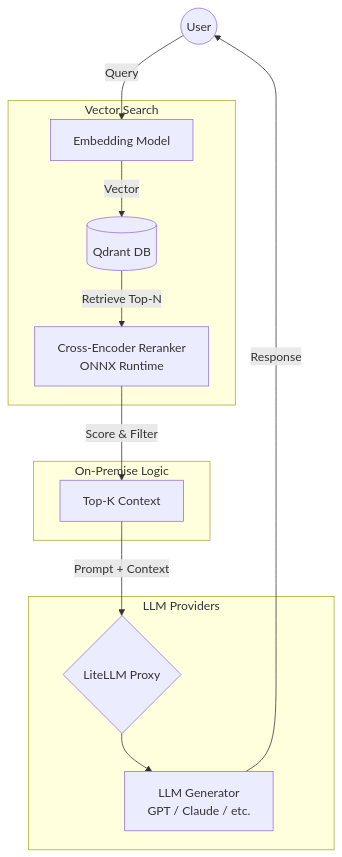
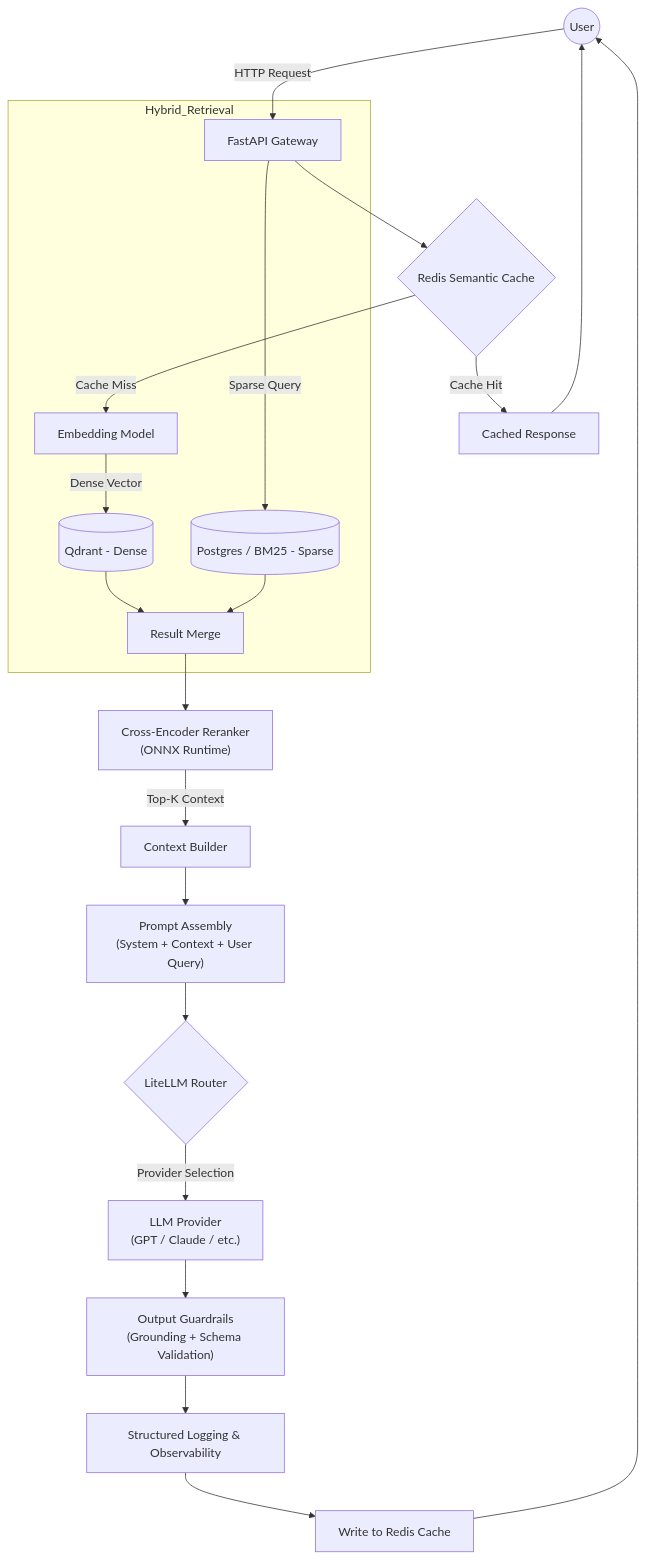
The diagram in README.md (rayxcast/hybrid-rag-template), drawn with Mermaid before and after one commit.

````diff
--- a/README.md
+++ b/README.md
@@ -18,31 +18,38 @@
 ```mermaid
-
 flowchart TD
 
-User((User)) -->|Query| Embed[Embedding Model]
+%% Entry Layer
+User((User))
+User -->|HTTP Request| API[FastAPI Gateway]
 
-subgraph Vector_Storage [Vector Search]
+%% Cache Layer
+API --> CacheCheck{Redis Semantic Cache}
+CacheCheck -->|Cache Hit| CachedResponse[Cached Response]
+CachedResponse --> User
+CacheCheck -->|Cache Miss| Embed[Embedding Model]
 
-Embed -->|Vector| Qdrant[(Qdrant DB)]
-
-Qdrant -->|Retrieve Top-N| Reranker
-
+%% Hybrid Retrieval
+subgraph Hybrid_Retrieval
+    Embed -->|Dense Vector| VectorDB[(Qdrant - Dense)]
+    API -->|Sparse Query| BM25[(Postgres / BM25 - Sparse)]
+    VectorDB --> Merge[Result Merge]
+    BM25 --> Merge
 end
 
-subgraph Processing [On-Premise Logic]
+%% Reranking
+%% FIX: Wrap text in double quotes to handle parentheses
+Merge --> Reranker["Cross-Encoder Reranker<br/>(ONNX Runtime)"]
+Reranker -->|Top-K Context| Context[Context Builder]
 
-Reranker[Cross-Encoder Reranker \n ONNX Runtime] -->|Score & Filter| Context[Top-K Context]
+%% LLM Routing
+%% FIX: Wrap multi-line text in quotes
+Context --> Prompt["Prompt Assembly<br/>(System + Context + User Query)"]
+Prompt --> Router{LiteLLM Router}
+Router -->|Provider Selection| LLM["LLM Provider<br/>(GPT / Claude / etc.)"]
 
-end
-
-Context -->|Prompt + Context| LiteLLM{LiteLLM Proxy}
-
-subgraph External_Models [LLM Providers]
-
-LiteLLM --> API[LLM Generator \n GPT / Claude / etc.]
-
-end
-
-API -->|Response| User
-
+%% Post-Processing
+LLM --> Guardrails["Output Guardrails<br/>(Grounding + Schema Validation)"]
+Guardrails --> Logger[Structured Logging & Observability]
+Logger --> CacheWrite[Write to Redis Cache]
+CacheWrite --> User
 ```
````
